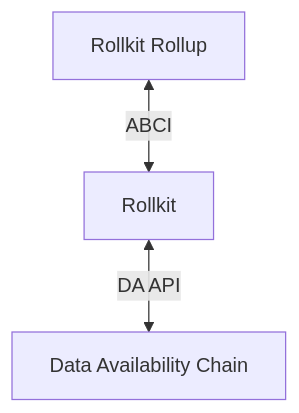
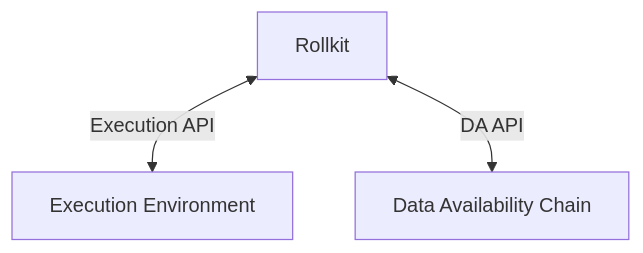
The diagram in learn/stack.md (rollkit/docs), drawn with Mermaid before and after one commit. The commit also changed other lines of this file and 3 other files, not shown here.

````diff
--- a/learn/stack.md
+++ b/learn/stack.md
@@ -9,9 +9,9 @@
 ```mermaid
 graph TD
-    A[Rollkit Rollup]
-    B[Rollkit]
+    A[Rollkit]
+    B[Execution Environment]
     C[Data Availability Chain]
     
-    A <-->|ABCI| B
-    B <-->|DA API| C
+    A <-->|Execution API| B
+    A <-->|DA API| C
 ```
````
